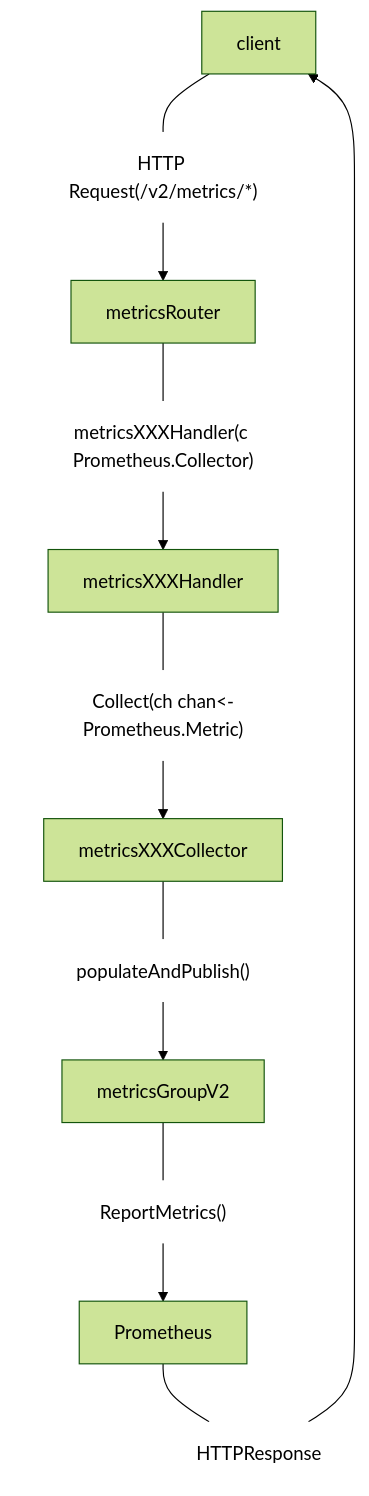
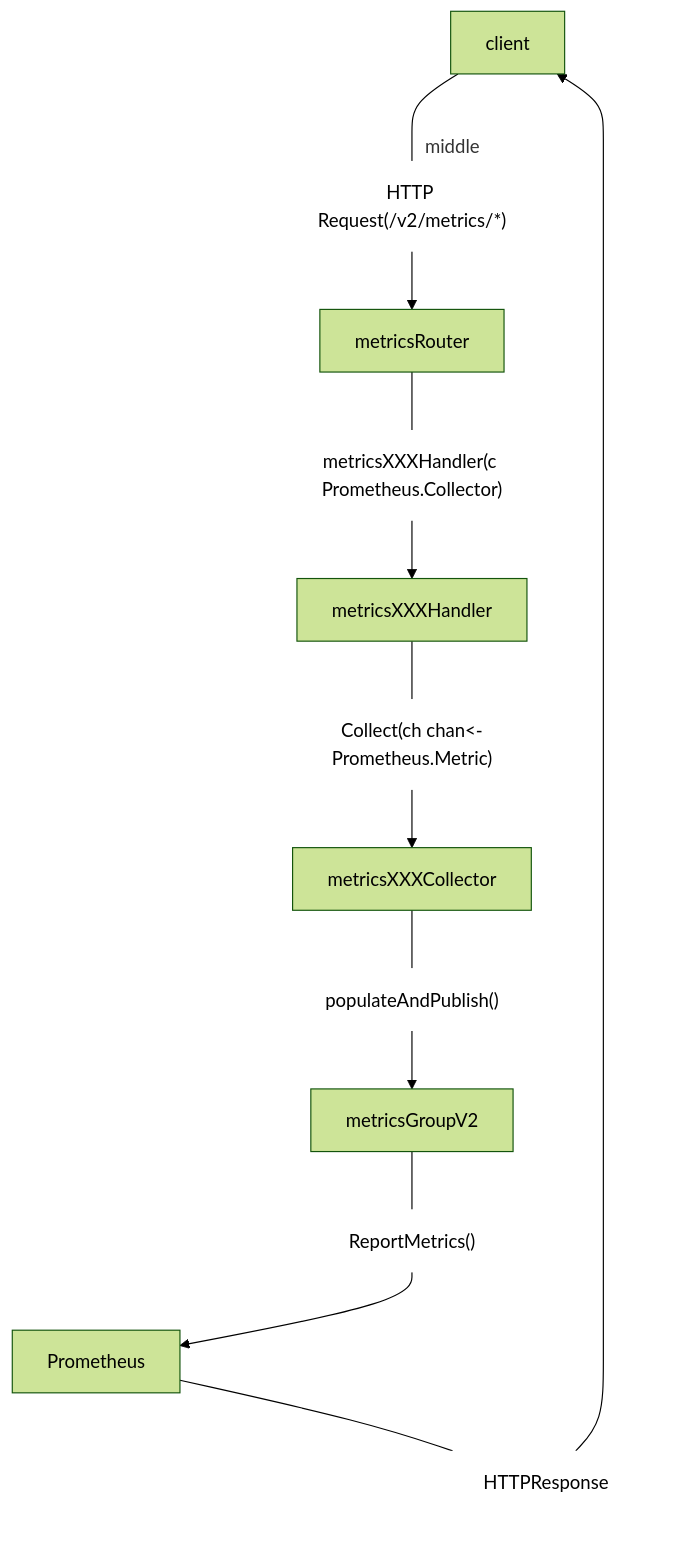
The diagram in temp/invisible_node_test.md (cquark/Minio_Code_Analysis), drawn with Mermaid (forest theme) before and after one commit.

````diff
--- a/temp/invisible_node_test.md
+++ b/temp/invisible_node_test.md
@@ -3,29 +3,32 @@
 ```mermaid
 graph TD
 	classDef transparentNode fill:#fff, stroke-width:0px;
 	A[client]
+	subgraph "middle"
 	B[metricsRouter]
 	C[metricsXXXHandler]
 	D[metricsXXXCollector]
 	E[metricsGroupV2]
-	F[Prometheus]
 	AB["HTTP Request(/v2/metrics/*)"]:::transparentNode
 	BC["metricsXXXHandler(c Prometheus.Collector)"]:::transparentNode
 	CD["Collect(ch chan<-Prometheus.Metric)"]:::transparentNode
 	DE["populateAndPublish()"]:::transparentNode
 	EF["ReportMetrics()"]:::transparentNode
 	FA[HTTPResponse]:::transparentNode
+	end
+	F[Prometheus]
+	class middle transparentNode
 
 	A ---AB --> B
 	B ---BC--> C
 	C ---CD--> D
 	D ---DE--> E
 	E ---EF--> F
 	F ---FA--> A
 	click AB "https://google.com"
 	click BC "https://google.com"
 	click CD "https://google.com"
 	click DE "https://google.com"
 	click EF "https://google.com"
 	click FA "https://google.com"
 ```
````
